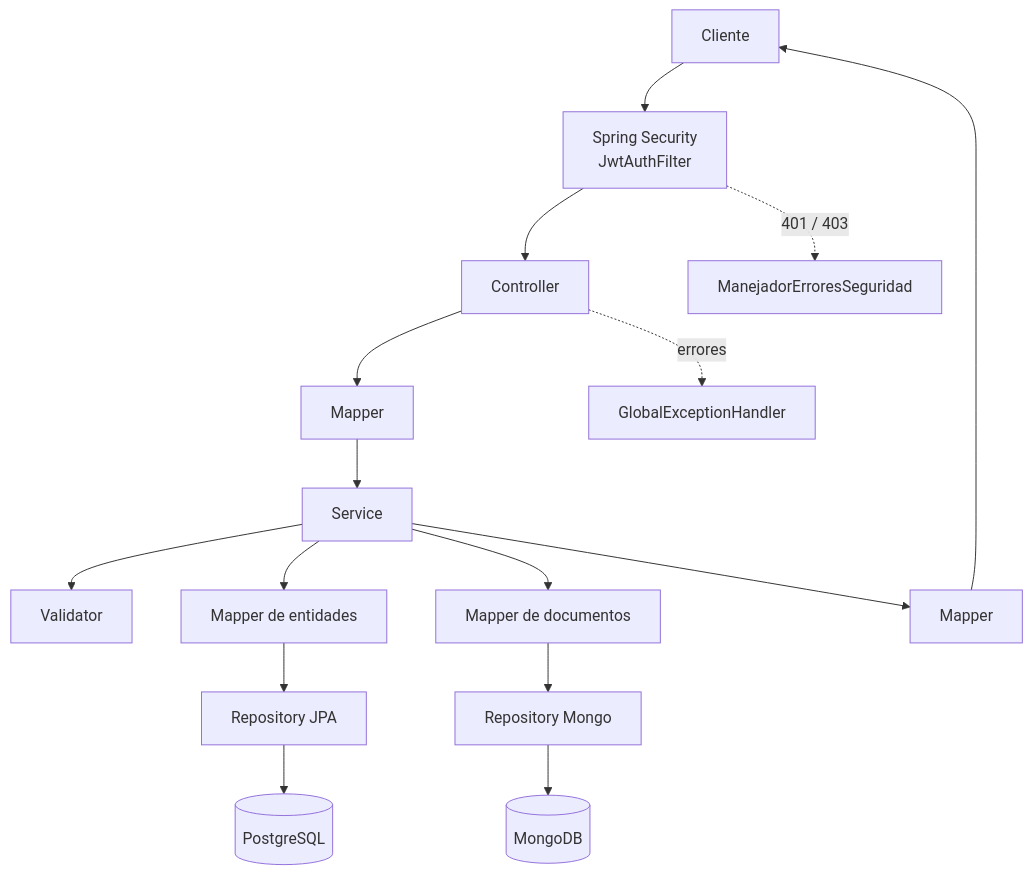
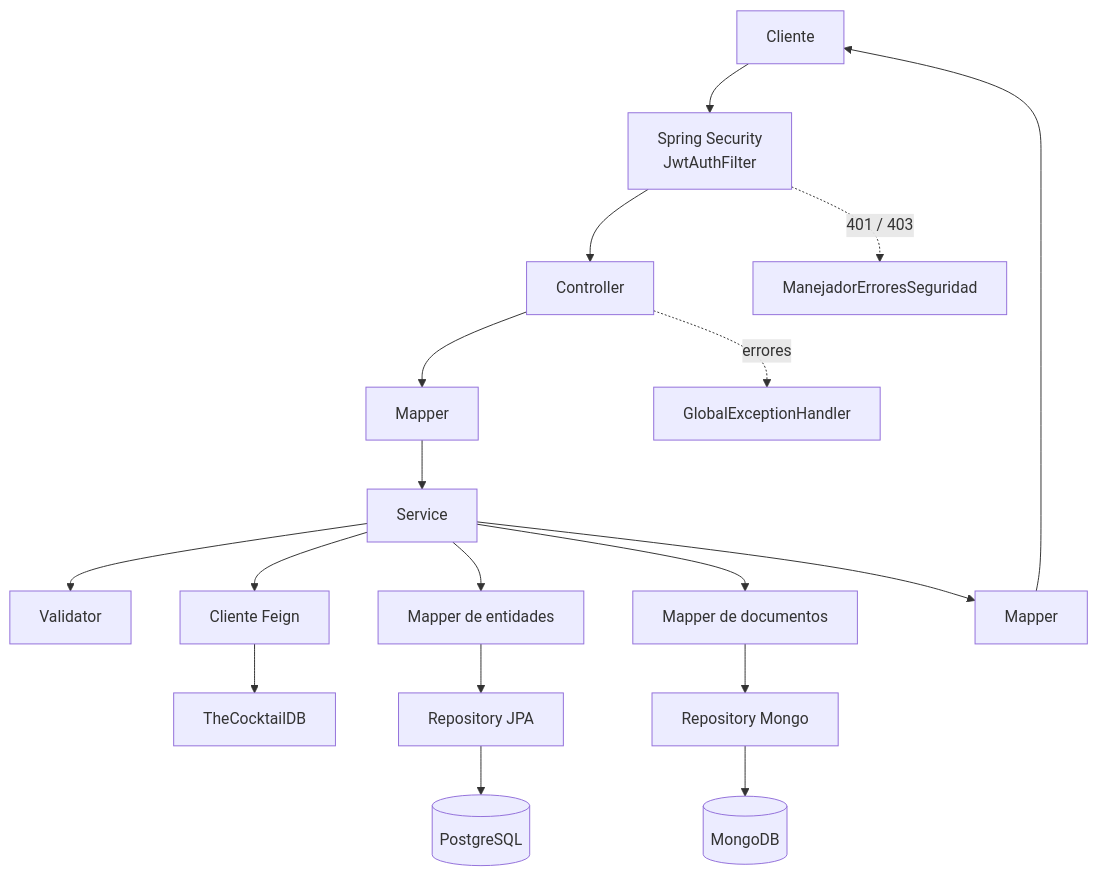
Before and after one commit to JUANNICOLASA/Bitacora_Corte2_NicolasAlvarez: the third of 11 diagrams in README.md, drawn with Mermaid. The commit also changed other lines of this file and 15 other files, not shown here.

````diff
--- a/README.md
+++ b/README.md
@@ -119,18 +168,20 @@
 ```mermaid
 flowchart TD
     C["Cliente"] --> SEC["Spring Security<br/>JwtAuthFilter"]
     SEC --> CTRL["Controller"]
     CTRL --> M1["Mapper"]
     M1 --> SVC["Service"]
     SVC --> VAL["Validator"]
     SVC --> ME["Mapper de entidades"]
     SVC --> MD["Mapper de documentos"]
+    SVC --> FC["Cliente Feign"]
+    FC --> EXT["TheCocktailDB"]
     ME --> REPO["Repository JPA"]
     MD --> MREPO["Repository Mongo"]
     REPO --> DB[("PostgreSQL")]
     MREPO --> MDB[("MongoDB")]
     SVC --> M2["Mapper"]
     M2 --> C
     CTRL -. errores .-> GEH["GlobalExceptionHandler"]
     SEC -. 401 / 403 .-> MES["ManejadorErroresSeguridad"]
 ```
````
